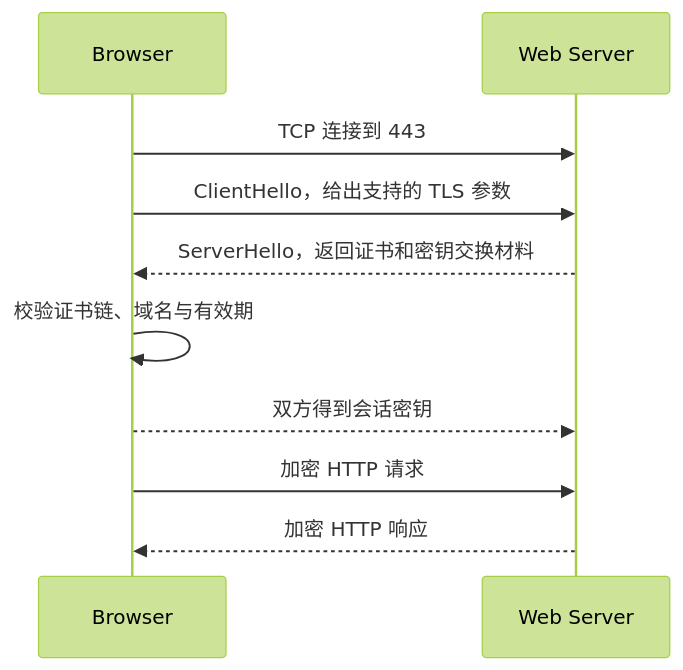
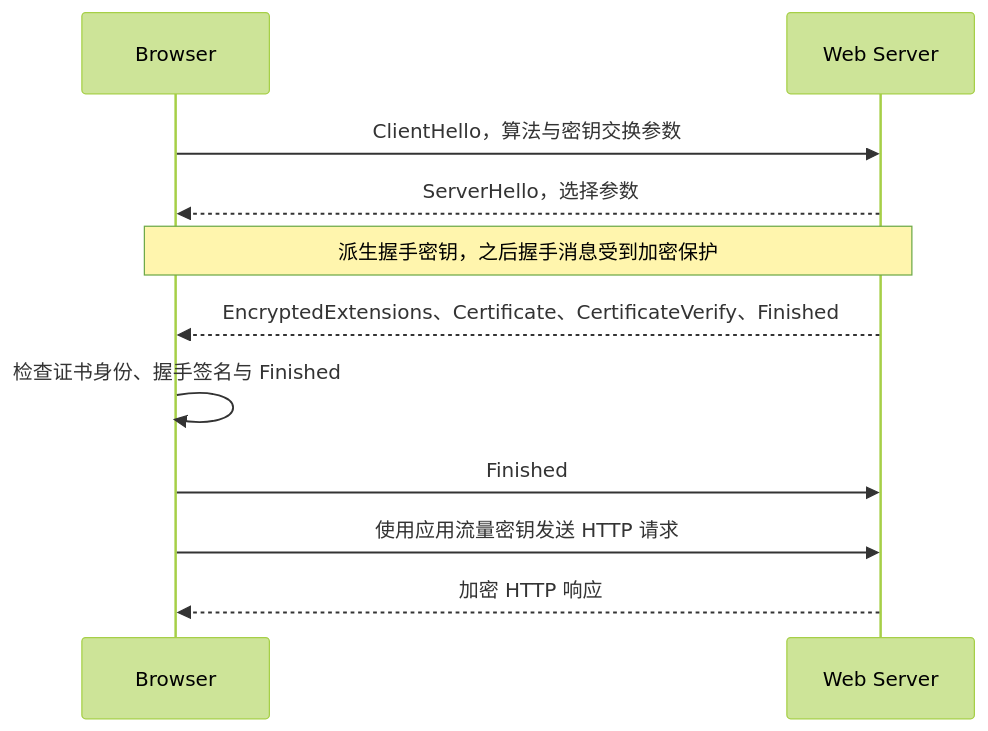
The fifth of 5 diagrams in docs/public/cs/ssh-overview.md (gsjz/notebook), drawn with Mermaid (forest theme) before and after one commit. The commit also changed other lines of this file and 23 other files, not shown here.

````diff
--- a/docs/public/cs/ssh-overview.md
+++ b/docs/public/cs/ssh-overview.md
@@ -413,12 +421,13 @@
 ```mermaid
 sequenceDiagram
   participant B as Browser
   participant W as Web Server
-  B->>W: TCP 连接到 443
-  B->>W: ClientHello，给出支持的 TLS 参数
-  W-->>B: ServerHello，返回证书和密钥交换材料
-  B->>B: 校验证书链、域名与有效期
-  B-->>W: 双方得到会话密钥
-  B->>W: 加密 HTTP 请求
+  B->>W: ClientHello，算法与密钥交换参数
+  W-->>B: ServerHello，选择参数
+  Note over B,W: 派生握手密钥，之后握手消息受到加密保护
+  W-->>B: EncryptedExtensions、Certificate、CertificateVerify、Finished
+  B->>B: 检查证书身份、握手签名与 Finished
+  B->>W: Finished
+  B->>W: 使用应用流量密钥发送 HTTP 请求
   W-->>B: 加密 HTTP 响应
 ```
````
